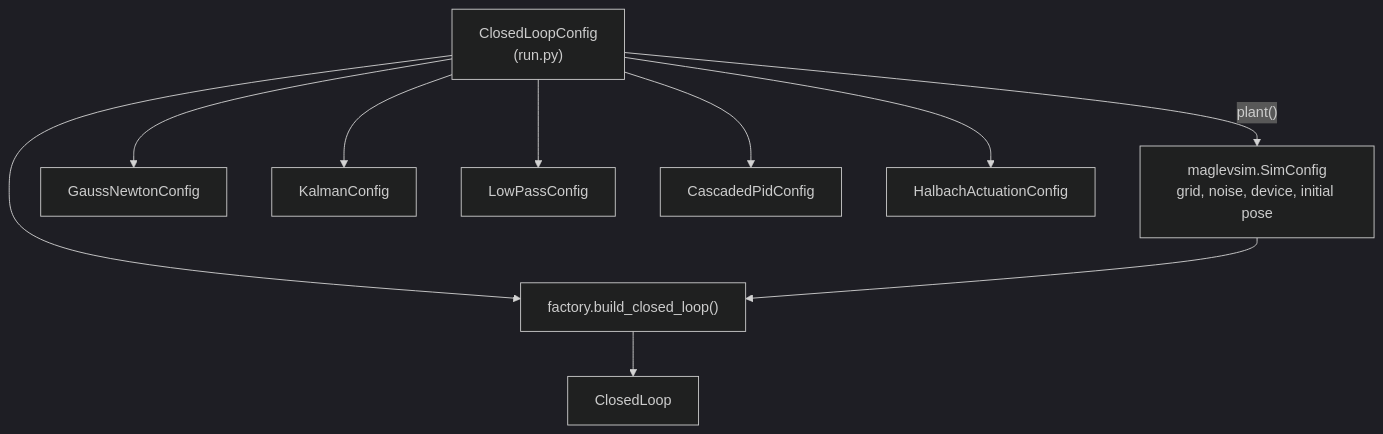
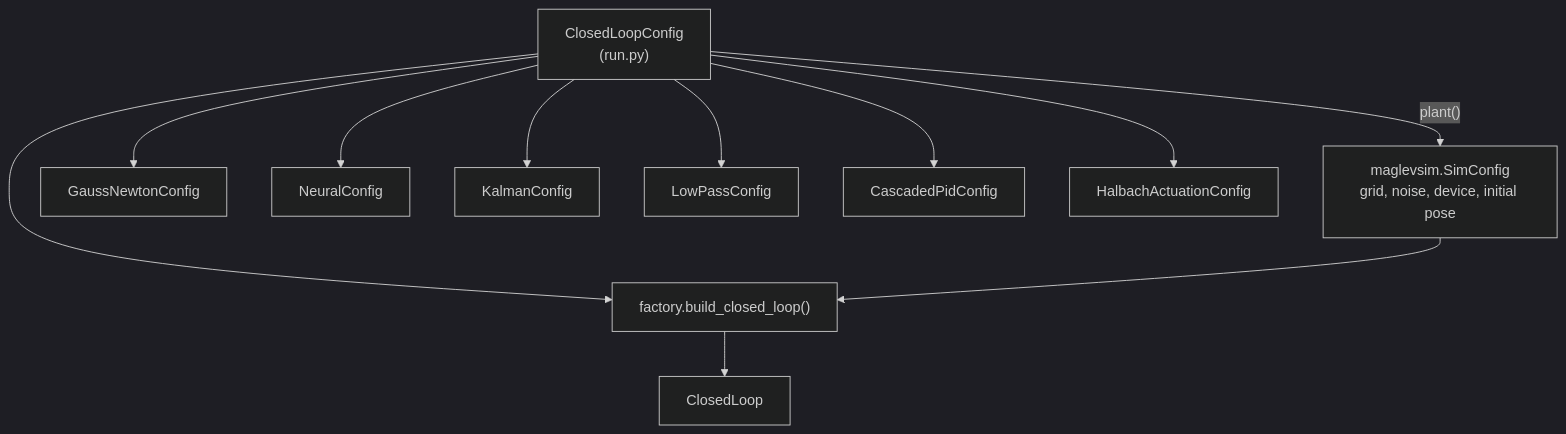
Before and after one commit to Verschnupft/MagLevClosedLoop: the fifth of 5 diagrams in docs/architecture.md, drawn with Mermaid (dark theme). The commit also changed other lines of this file and 8 other files, not shown here.

````diff
--- a/docs/architecture.md
+++ b/docs/architecture.md
@@ -142,14 +173,15 @@
 ```mermaid
 flowchart TD
   CFG["ClosedLoopConfig<br/>(run.py)"]
   CFG -- "plant()" --> PLANT["maglevsim.SimConfig<br/>grid, noise, device, initial pose"]
   CFG --> GN[GaussNewtonConfig]
+  CFG --> NC[NeuralConfig]
   CFG --> KF[KalmanConfig]
   CFG --> LP[LowPassConfig]
   CFG --> PID[CascadedPidConfig]
   CFG --> HAL[HalbachActuationConfig]
   FAC["factory.build_closed_loop()"]
   CFG --> FAC
   PLANT --> FAC
   FAC --> LOOP[ClosedLoop]
 ```
````
